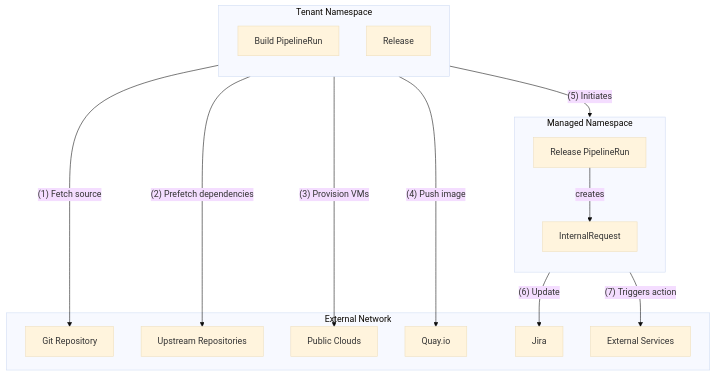
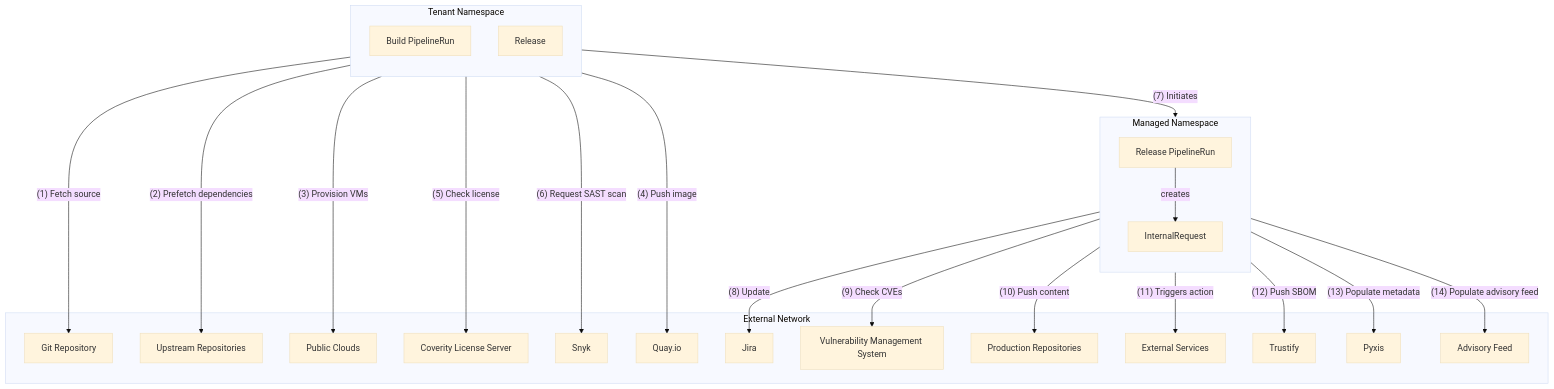
One commit to konflux-ci/architecture changed the third of 3 diagrams in architecture/index.md. Above: the diagram before and after it, drawn with Mermaid (base theme). The commit also changed other lines of this file, not shown here.

Commit message:
Document a few more network interactions

````diff
--- a/architecture/index.md
+++ b/architecture/index.md
@@ -280,32 +280,46 @@
 ```mermaid
 graph TD
     subgraph tn[Tenant Namespace]
         direction TB
         bpr["Build PipelineRun"]
         r["Release"]
     end
 
     subgraph mn[Managed Namespace]
         direction TB
         rpr["Release PipelineRun"]
         ir["InternalRequest"]
     end
 
     subgraph ext[External Network]
         git[Git Repository]
         upstream_repos["Upstream Repositories"]
         clouds[Public Clouds]
+        coverity[Coverity License Server]
+        snyk[Snyk]
         quay[Quay.io]
         jira[Jira]
+        vms[Vulnerability Management System]
+        prod_repos["Production Repositories"]
         ext_svc[External Services]
+        trustify[Trustify]
+        pyxis[Pyxis]
+        advisory_feed[Advisory Feed]
     end
 
     bpr -- "(1) Fetch source" --> git
     bpr -- "(2) Prefetch dependencies" --> upstream_repos
     bpr -- "(3) Provision VMs" --> clouds
     bpr -- "(4) Push image" --> quay
-    r -- "(5) Initiates" --> rpr
-    rpr -- "(6) Update" --> jira
+    bpr -- "(5) Check license" --> coverity
+    bpr -- "(6) Request SAST scan" --> snyk
+    r -- "(7) Initiates" --> rpr
+    rpr -- "(8) Update" --> jira
+    rpr -- "(9) Check CVEs" --> vms
+    rpr -- "(10) Push content" --> prod_repos
     rpr -- "creates" --> ir
-    ir -- "(7) Triggers action" --> ext_svc
+    ir -- "(11) Triggers action" --> ext_svc
+    rpr -- "(12) Push SBOM" --> trustify
+    rpr -- "(13) Populate metadata" --> pyxis
+    rpr -- "(14) Populate advisory feed" --> advisory_feed
 ```
````
